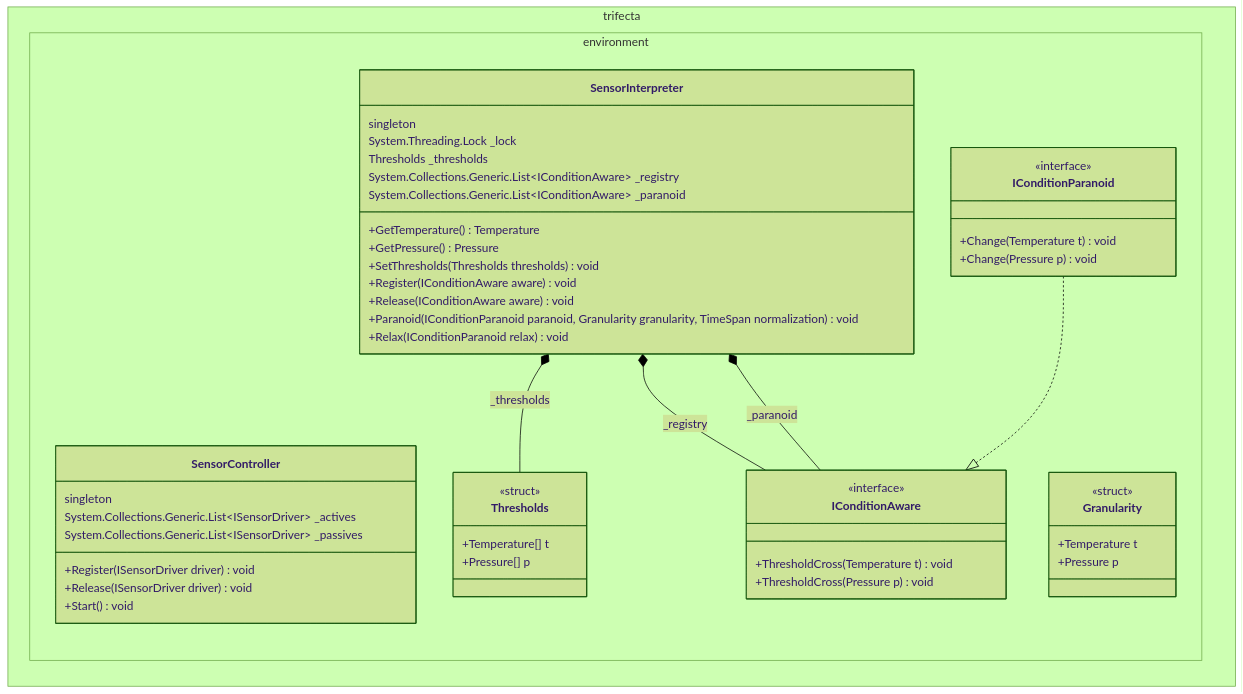
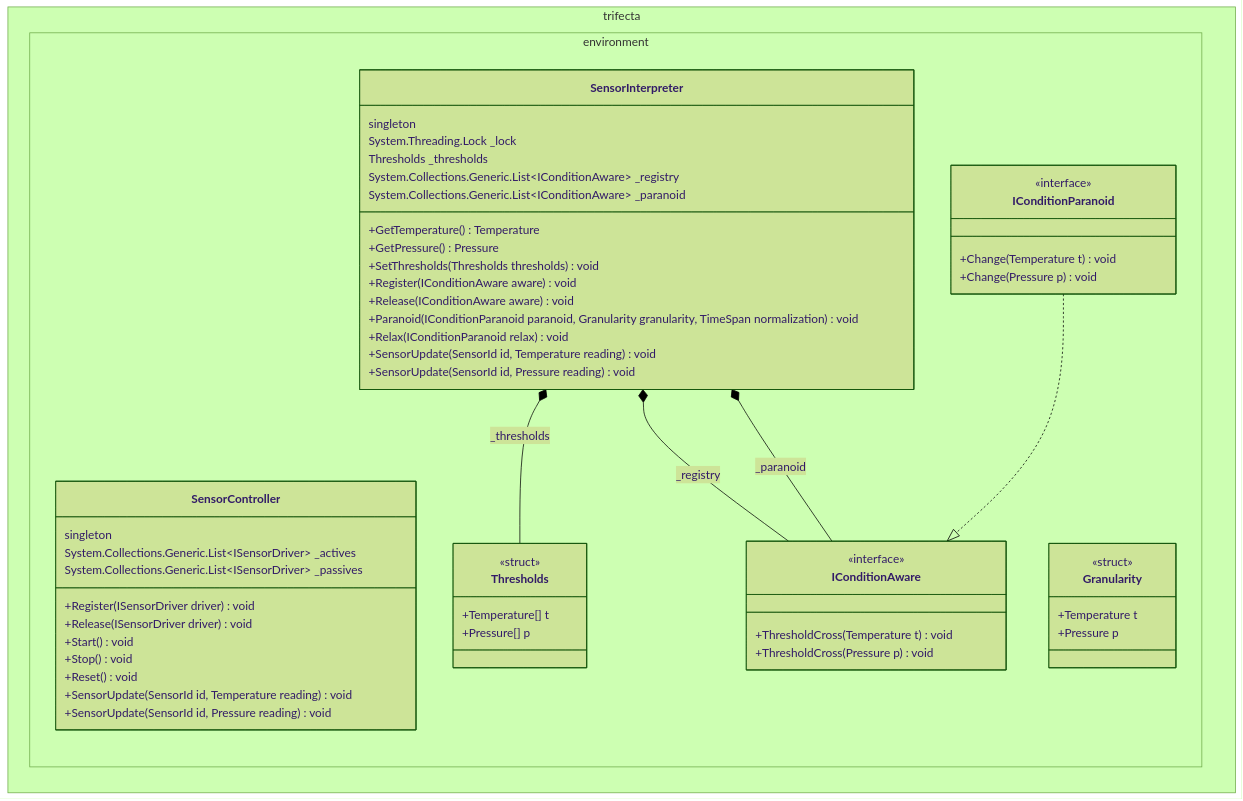
One commit to byron-hawkins/trifecta changed the diagram in doc/architecture/figures/sensor-awareness.md. Above: the diagram before and after it, drawn with Mermaid (forest theme). The commit also changed 26 other files, not shown here.

Commit message:
Regenerate architecture outlines from C# source after fixing an issues on the reverse SMD compiler

````diff
--- a/doc/architecture/figures/sensor-awareness.md
+++ b/doc/architecture/figures/sensor-awareness.md
@@ -3,51 +3,57 @@
 ```mermaid
 classDiagram
 namespace trifecta.environment {
   class SensorController {
     singleton
     System.Collections.Generic.List~ISensorDriver~ _actives
     System.Collections.Generic.List~ISensorDriver~ _passives
     +Register(ISensorDriver driver) void
     +Release(ISensorDriver driver) void
     +Start() void
+    +Stop() void
+    +Reset() void
+    +SensorUpdate(SensorId id, Temperature reading) void
+    +SensorUpdate(SensorId id, Pressure reading) void
   }
   class SensorInterpreter {
     singleton
     System.Threading.Lock _lock
     Thresholds _thresholds
     System.Collections.Generic.List~IConditionAware~ _registry
     System.Collections.Generic.List~IConditionAware~ _paranoid
     +GetTemperature() Temperature
     +GetPressure() Pressure
     +SetThresholds(Thresholds thresholds) void
     +Register(IConditionAware aware) void
     +Release(IConditionAware aware) void
     +Paranoid(IConditionParanoid paranoid, Granularity granularity, TimeSpan normalization) void
     +Relax(IConditionParanoid relax) void
+    +SensorUpdate(SensorId id, Temperature reading) void
+    +SensorUpdate(SensorId id, Pressure reading) void
   }
   class Thresholds {
     <<struct>>
     +Temperature[] t
     +Pressure[] p
   }
   class Granularity {
     <<struct>>
     +Temperature t
     +Pressure p
   }
   class IConditionAware {
     <<interface>>
     +ThresholdCross(Temperature t) void
     +ThresholdCross(Pressure p) void
   }
   class IConditionParanoid {
     <<interface>>
     +Change(Temperature t) void
     +Change(Pressure p) void
   }
 }
 SensorInterpreter *-- Thresholds : _thresholds
 SensorInterpreter *-- IConditionAware : _registry
 SensorInterpreter *-- IConditionAware : _paranoid
 IConditionParanoid ..|> IConditionAware
 ```
````
